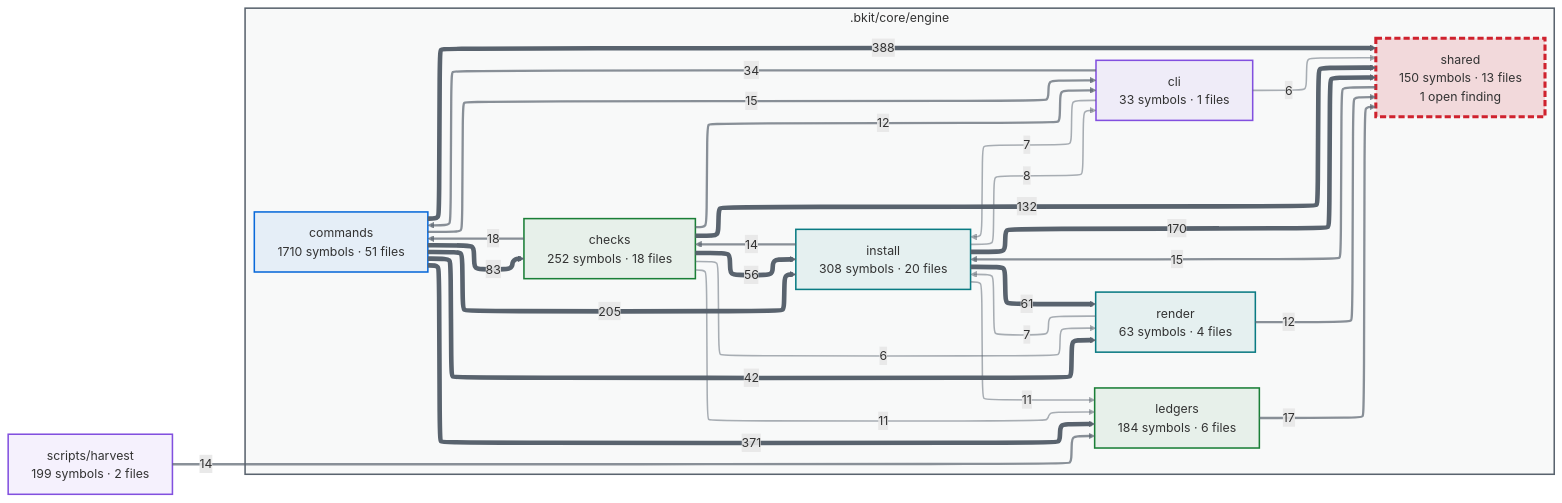
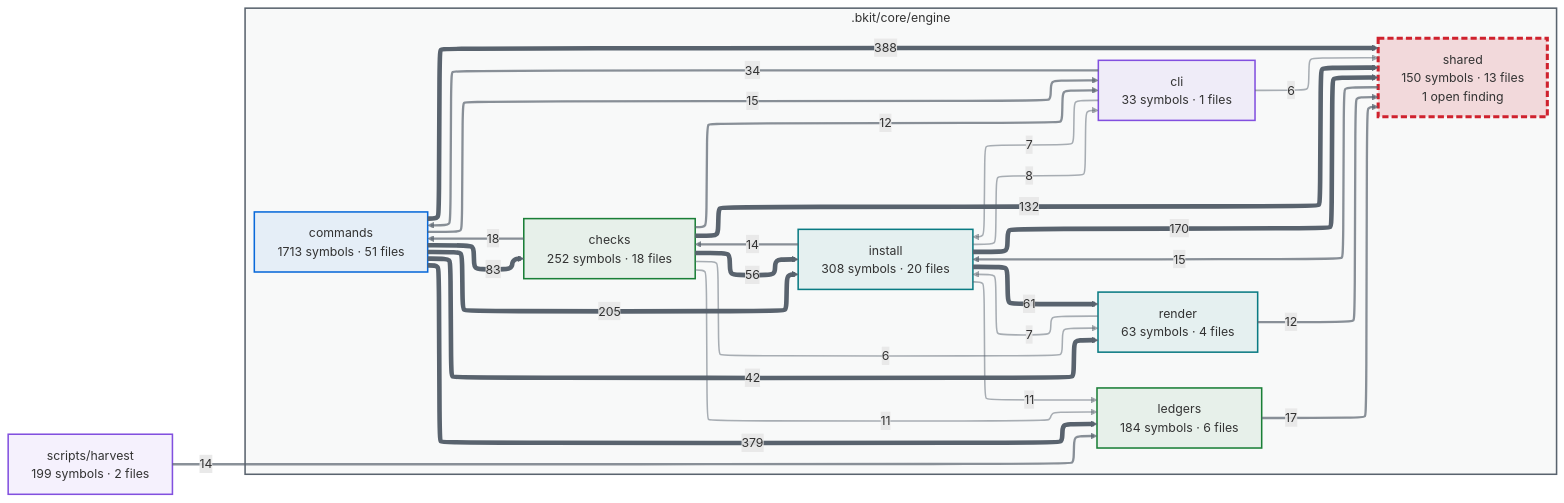
The first of 2 diagrams in docs/capabilities.md (cbartens/bkit), drawn with Mermaid before and after one commit. The commit also changed other lines of this file and 32 other files, not shown here.

````diff
--- a/docs/capabilities.md
+++ b/docs/capabilities.md
@@ -154,80 +154,80 @@
 ```mermaid
 ---
 config:
   layout: elk
   themeCSS: "marker { overflow: visible; } marker path { transform: scale(1.8); transform-origin: 5px 5px; }"
   flowchart:
     useMaxWidth: false
 ---
 flowchart LR
   %% Generated by bkit-graphify-rollup.py — do not edit
   subgraph gn_bkit_core_engine[".bkit/core/engine"]
     n_bkit_core_engine_checks["checks<br/>252 symbols · 18 files"]
     n_bkit_core_engine_cli["cli<br/>33 symbols · 1 files"]
-    n_bkit_core_engine_commands["commands<br/>1710 symbols · 51 files"]
+    n_bkit_core_engine_commands["commands<br/>1713 symbols · 51 files"]
     n_bkit_core_engine_install["install<br/>308 symbols · 20 files"]
     n_bkit_core_engine_ledgers["ledgers<br/>184 symbols · 6 files"]
     n_bkit_core_engine_render["render<br/>63 symbols · 4 files"]
     n_bkit_core_engine_shared["shared<br/>150 symbols · 13 files<br/>1 open finding"]
   end
   nscripts_harvest["scripts/harvest<br/>199 symbols · 2 files"]
   n_bkit_core_engine_commands -->|388| n_bkit_core_engine_shared
-  n_bkit_core_engine_commands -->|371| n_bkit_core_engine_ledgers
+  n_bkit_core_engine_commands -->|379| n_bkit_core_engine_ledgers
   n_bkit_core_engine_commands -->|205| n_bkit_core_engine_install
   n_bkit_core_engine_install -->|170| n_bkit_core_engine_shared
   n_bkit_core_engine_checks -->|132| n_bkit_core_engine_shared
   n_bkit_core_engine_commands -->|83| n_bkit_core_engine_checks
   n_bkit_core_engine_install -->|61| n_bkit_core_engine_render
   n_bkit_core_engine_checks -->|56| n_bkit_core_engine_install
   n_bkit_core_engine_commands -->|42| n_bkit_core_engine_render
   n_bkit_core_engine_cli -->|34| n_bkit_core_engine_commands
   n_bkit_core_engine_checks -->|18| n_bkit_core_engine_commands
   n_bkit_core_engine_ledgers -->|17| n_bkit_core_engine_shared
   n_bkit_core_engine_shared -->|15| n_bkit_core_engine_install
   n_bkit_core_engine_commands -->|15| n_bkit_core_engine_cli
   n_bkit_core_engine_install -->|14| n_bkit_core_engine_checks
   nscripts_harvest -->|14| n_bkit_core_engine_ledgers
   n_bkit_core_engine_checks -->|12| n_bkit_core_engine_cli
   n_bkit_core_engine_render -->|12| n_bkit_core_engine_shared
   n_bkit_core_engine_checks -->|11| n_bkit_core_engine_ledgers
   n_bkit_core_engine_install -->|11| n_bkit_core_engine_ledgers
   n_bkit_core_engine_install -->|8| n_bkit_core_engine_cli
   n_bkit_core_engine_cli -->|7| n_bkit_core_engine_install
   n_bkit_core_engine_render -->|7| n_bkit_core_engine_install
   n_bkit_core_engine_checks -->|6| n_bkit_core_engine_render
   n_bkit_core_engine_cli -->|6| n_bkit_core_engine_shared
   style gn_bkit_core_engine fill:#59636e0a,stroke:#59636e,stroke-width:2px
   style n_bkit_core_engine_checks stroke:#1a7f37,stroke-width:2px,fill:#1a7f3714
   style n_bkit_core_engine_cli stroke:#8250df,stroke-width:2px,fill:#8250df14
   style n_bkit_core_engine_commands stroke:#0969da,stroke-width:2px,fill:#0969da14
   style n_bkit_core_engine_install stroke:#0a7b83,stroke-width:2px,fill:#0a7b8314
   style n_bkit_core_engine_ledgers stroke:#1a7f37,stroke-width:2px,fill:#1a7f3714
   style n_bkit_core_engine_render stroke:#0a7b83,stroke-width:2px,fill:#0a7b8314
   style n_bkit_core_engine_shared stroke:#cf222e,stroke-width:4px,stroke-dasharray:8 4,fill:#cf222e26
   style nscripts_harvest stroke:#8250df,stroke-width:2px,fill:#8250df14
   linkStyle 0 stroke:#59636e,stroke-width:6px
   linkStyle 1 stroke:#59636e,stroke-width:6px
   linkStyle 2 stroke:#59636e,stroke-width:6px
   linkStyle 3 stroke:#59636e,stroke-width:6px
   linkStyle 4 stroke:#59636e,stroke-width:6px
   linkStyle 5 stroke:#59636e,stroke-width:6px
   linkStyle 6 stroke:#59636e,stroke-width:6px
   linkStyle 7 stroke:#59636e,stroke-width:6px
   linkStyle 8 stroke:#59636e,stroke-width:6px
   linkStyle 9 stroke:#59636eb3,stroke-width:3px
   linkStyle 10 stroke:#59636eb3,stroke-width:3px
   linkStyle 11 stroke:#59636eb3,stroke-width:3px
   linkStyle 12 stroke:#59636eb3,stroke-width:3px
   linkStyle 13 stroke:#59636eb3,stroke-width:3px
   linkStyle 14 stroke:#59636eb3,stroke-width:3px
   linkStyle 15 stroke:#59636eb3,stroke-width:3px
   linkStyle 16 stroke:#59636eb3,stroke-width:3px
   linkStyle 17 stroke:#59636eb3,stroke-width:3px
   linkStyle 18 stroke:#59636e80,stroke-width:2px
   linkStyle 19 stroke:#59636e80,stroke-width:2px
   linkStyle 20 stroke:#59636e80,stroke-width:2px
   linkStyle 21 stroke:#59636e80,stroke-width:2px
   linkStyle 22 stroke:#59636e80,stroke-width:2px
   linkStyle 23 stroke:#59636e80,stroke-width:2px
   linkStyle 24 stroke:#59636e80,stroke-width:2px
 ```
````
